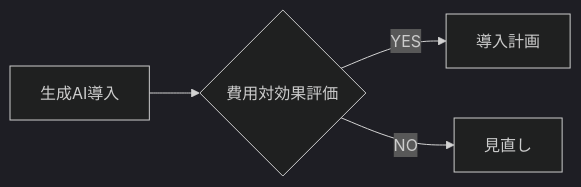
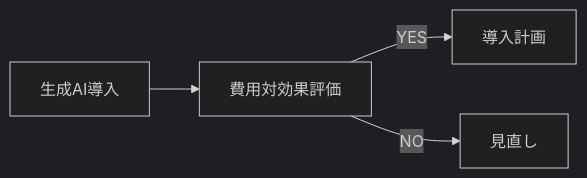
Before and after one commit to SparklingDetergent/doc_genai_How_to_evaluate_the_cost-effectiveness_of_using_generative_AI_for_business_purposes: the first of 16 diagrams in README.md, drawn with Mermaid (dark theme). The commit also changed other lines of this file, not shown here.

````diff
--- a/README.md
+++ b/README.md
@@ -34,6 +34,6 @@
 ```mermaid
 graph LR
-    A[生成AI導入] --> B{費用対効果評価}
+    A[生成AI導入] --> B[費用対効果評価]
     B -->|YES| C[導入計画]
     B -->|NO| D[見直し]
 ```
````
